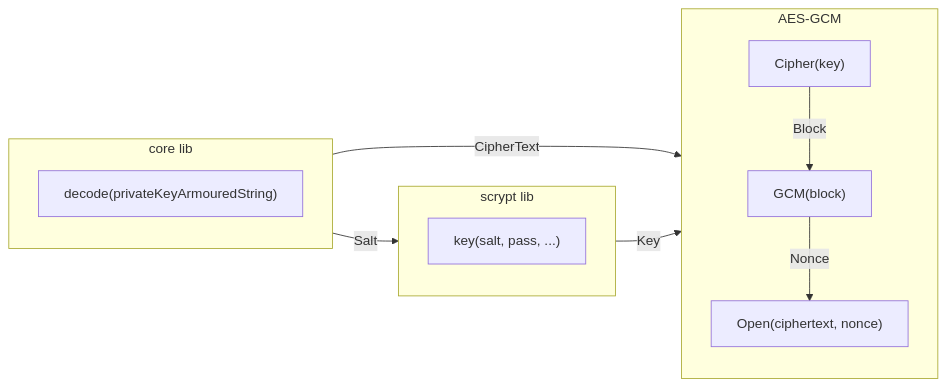
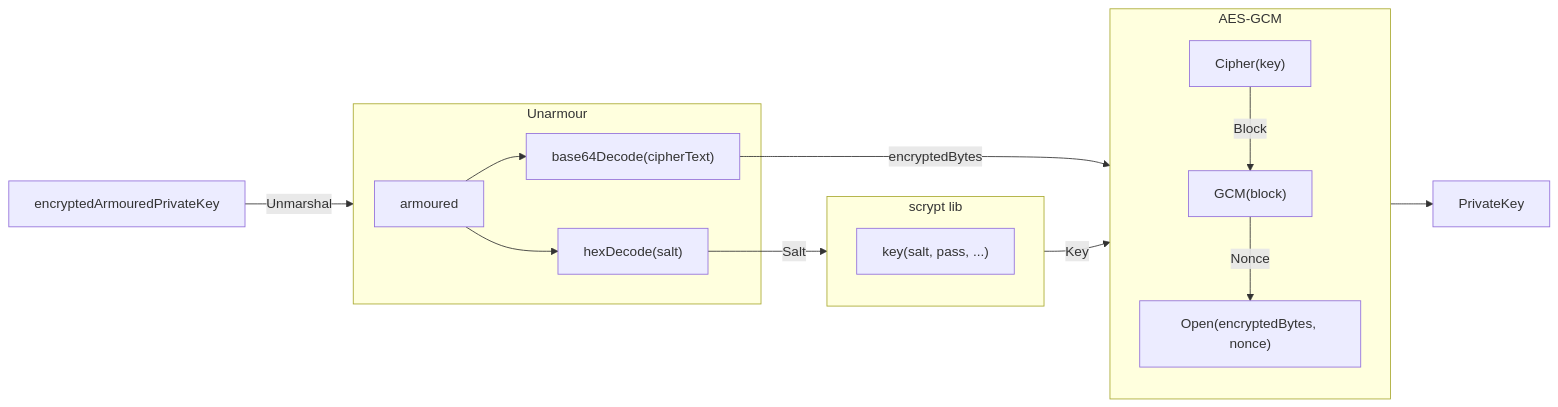
One commit to pokt-network/pocket changed the second of 2 diagrams in shared/crypto/README.md. Above: the diagram before and after it, drawn with Mermaid. The commit also changed other lines of this file, not shown here.

Commit message:
Update unarmour diagram

````diff
--- a/shared/crypto/README.md
+++ b/shared/crypto/README.md
@@ -77,20 +77,26 @@
 ```mermaid
 flowchart LR
-    subgraph C[core lib]
-        A["decode(privateKeyArmouredString)"]
+    subgraph U[Unarmour]
+        armoured
+        B["hexDecode(salt)"]
+        C["base64Decode(cipherText)"]
+        armoured-->B
+        armoured-->C
     end
     subgraph S[scrypt lib]
-        B["key(salt, pass, ...)"]
+        E["key(salt, pass, ...)"]
     end
     subgraph AES-GCM
         direction TB
-        D["Cipher(key)"]
-        E["GCM(block)"]
-        F["Open(ciphertext, nonce)"]
-        D--Block-->E
-        E--Nonce-->F
+        F["Cipher(key)"]
+        G["GCM(block)"]
+        H["Open(encryptedBytes, nonce)"]
+        F--Block-->G
+        G--Nonce-->H
     end
-    C--Salt-->S
-    C--CipherText-->AES-GCM
+    encryptedArmouredPrivateKey --Unmarshal--> U
+    B--Salt-->S
+    C--encryptedBytes-->AES-GCM
     S--Key-->AES-GCM
+    AES-GCM-->PrivateKey
 ```
````
